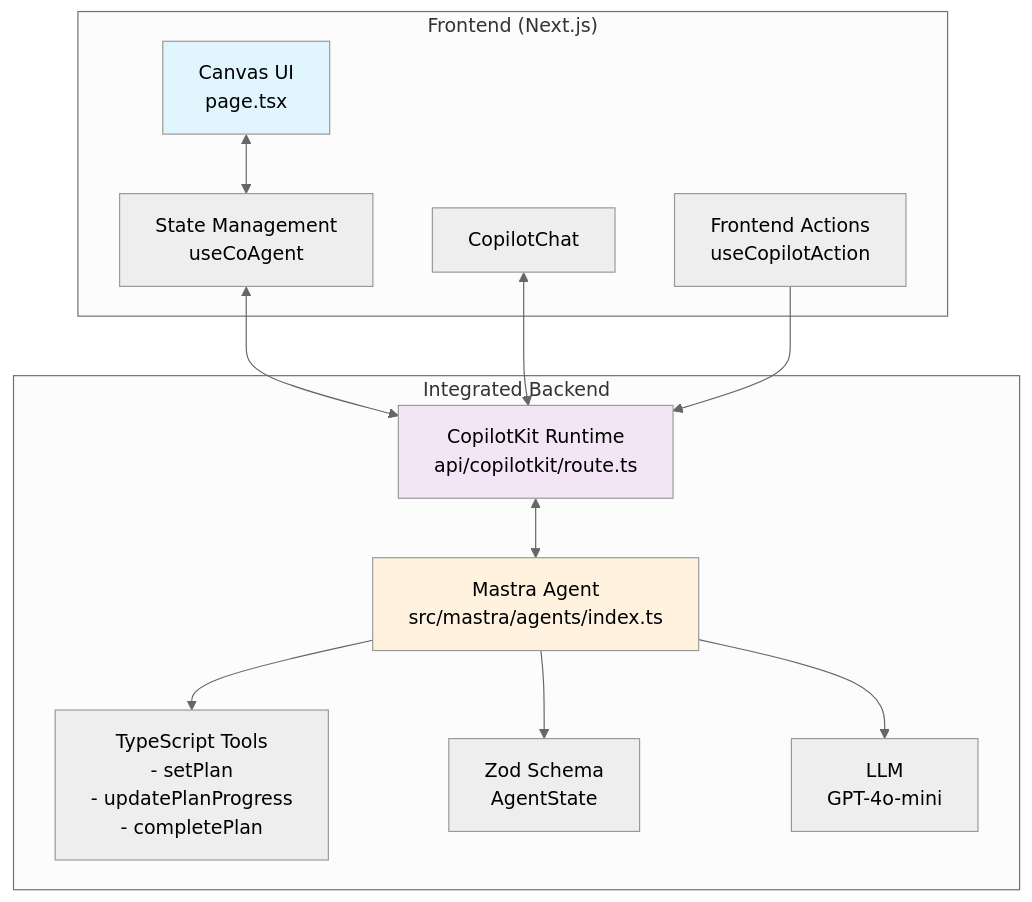
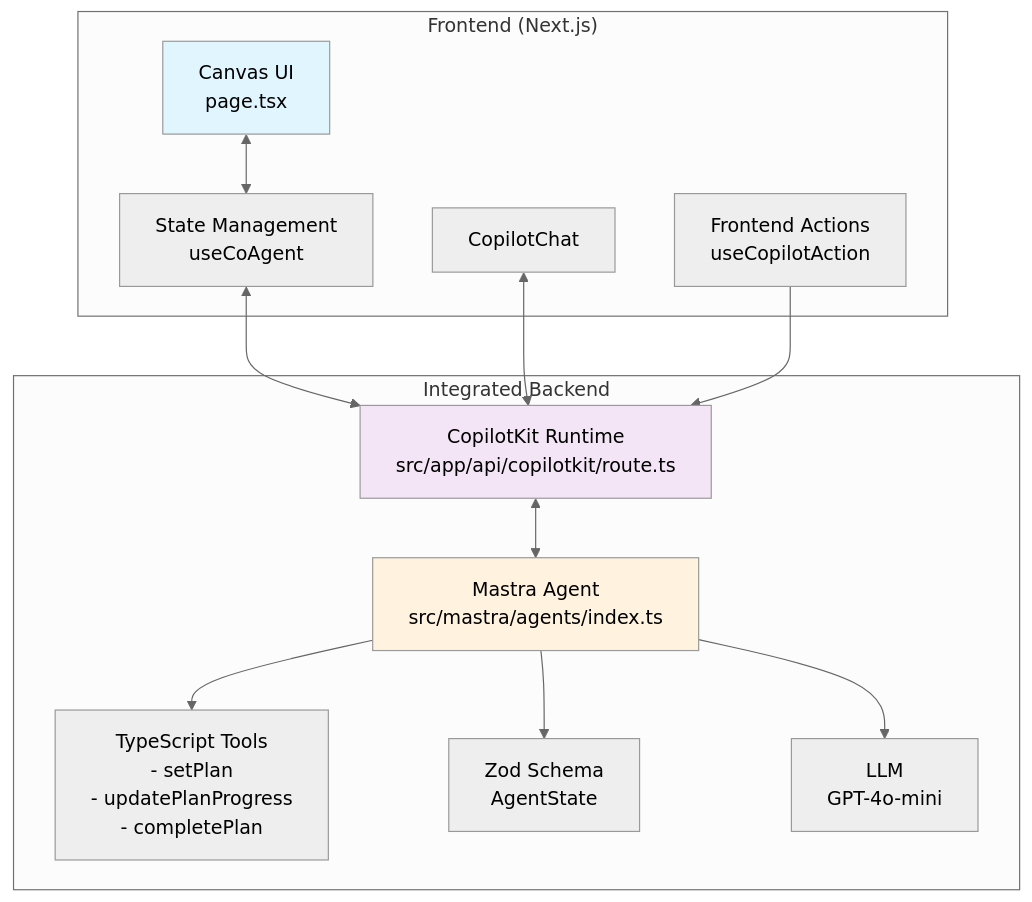
Before and after one commit to ziggy6792/copilotkit-mastra-messages-duplicated: the first of 2 diagrams in README.md, drawn with Mermaid (neutral theme). The commit also changed other lines of this file, not shown here.

````diff
--- a/README.md
+++ b/README.md
@@ -104,30 +104,35 @@
 ```mermaid
 graph TB
     subgraph "Frontend (Next.js)"
         UI[Canvas UI<br/>page.tsx]
         Actions[Frontend Actions<br/>useCopilotAction]
         State[State Management<br/>useCoAgent]
         Chat[CopilotChat]
     end
     
     subgraph "Integrated Backend"
-        Runtime[CopilotKit Runtime<br/>api/copilotkit/route.ts]
+            Runtime[CopilotKit Runtime<br/>src/app/api/copilotkit/route.ts]
         Agent[Mastra Agent<br/>src/mastra/agents/index.ts]
         Tools[TypeScript Tools<br/>- setPlan<br/>- updatePlanProgress<br/>- completePlan]
         Schema[Zod Schema<br/>AgentState]
         Model[LLM<br/>GPT-4o-mini]
     end
     
     UI <--> State
     State <--> Runtime
     Chat <--> Runtime
     Actions --> Runtime
     Runtime <--> Agent
     Agent --> Tools
     Agent --> Schema
     Agent --> Model
     
     style UI fill:#e1f5fe
     style Agent fill:#fff3e0
     style Runtime fill:#f3e5f5
+    
+    click UI "https://github.com/CopilotKit/canvas-with-mastra/blob/main/src/app/page.tsx"
+    click Runtime "https://github.com/CopilotKit/canvas-with-mastra/blob/main/src/app/api/copilotkit/route.ts"
+    click Agent "https://github.com/CopilotKit/canvas-with-mastra/blob/main/src/mastra/agents/index.ts"
+    click Tools "https://github.com/CopilotKit/canvas-with-mastra/blob/main/src/mastra/tools/index.ts"
 ```
````
